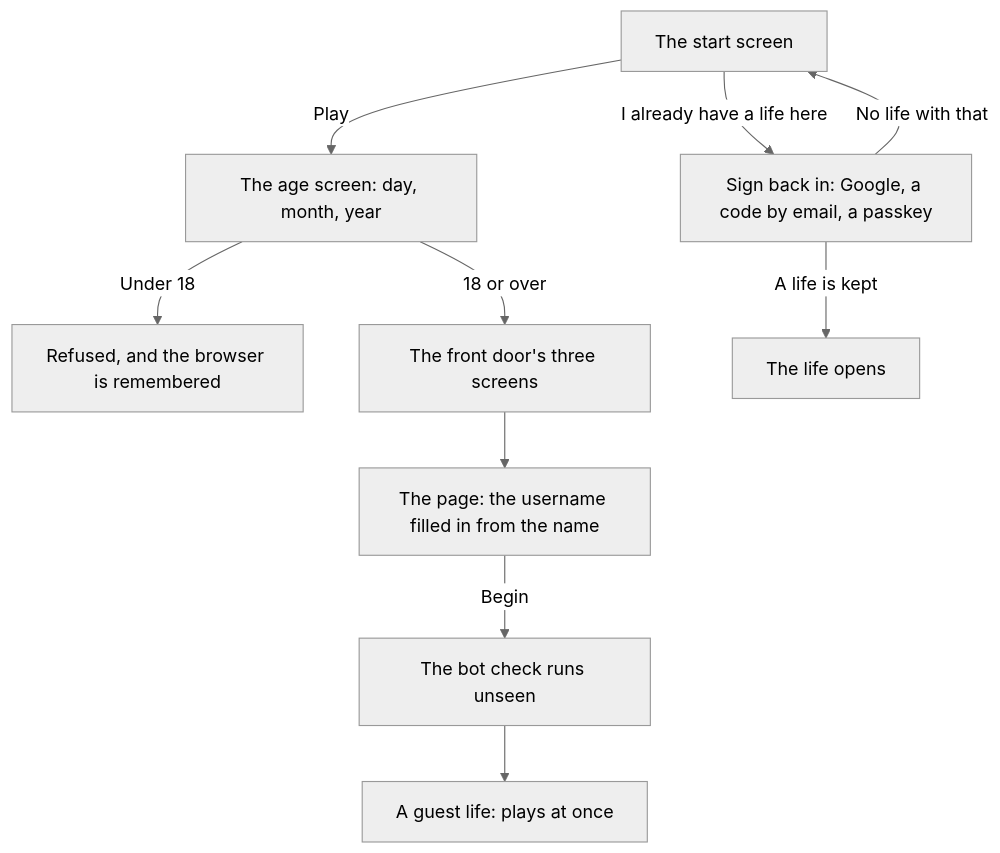
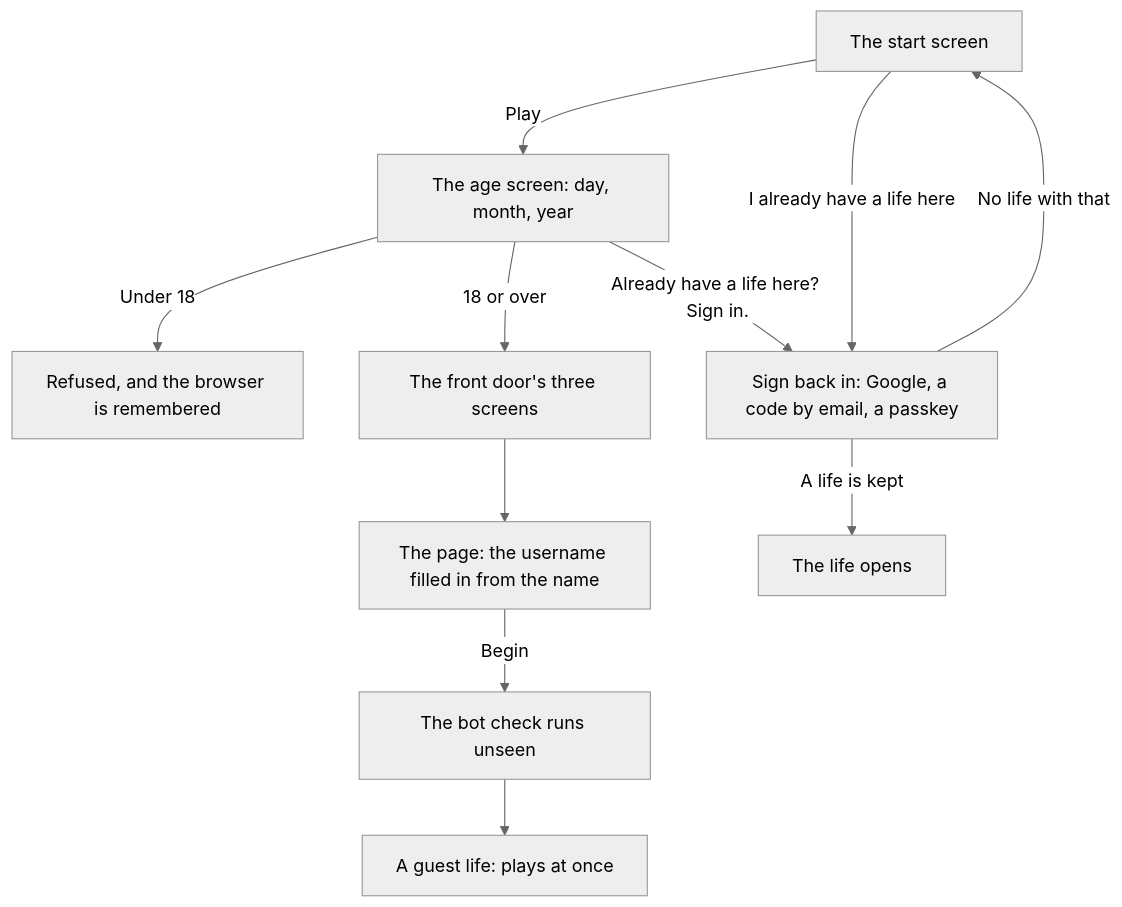
The diagram in docs/site/plays/accounts.md (buildlab-studio/japacity), drawn with Mermaid (neutral theme) before and after one commit. The commit also changed other lines of this file and 27 other files, not shown here.

````diff
--- a/docs/site/plays/accounts.md
+++ b/docs/site/plays/accounts.md
@@ -17,12 +17,13 @@
 ```mermaid
 flowchart TD
   S["The start screen"] -->|"Play"| A["The age screen: day, month, year"]
   A -->|"Under 18"| X["Refused, and the browser is remembered"]
   A -->|"18 or over"| D["The front door's three screens"]
   D --> P["The page: the username filled in from the name"]
   P -->|"Begin"| B["The bot check runs unseen"]
   B --> G["A guest life: plays at once"]
   S -->|"I already have a life here"| W["Sign back in: Google, a code by email, a passkey"]
+  A -->|"Already have a life here? Sign in."| W
   W -->|"A life is kept"| L["The life opens"]
   W -->|"No life with that"| S
 ```
````
